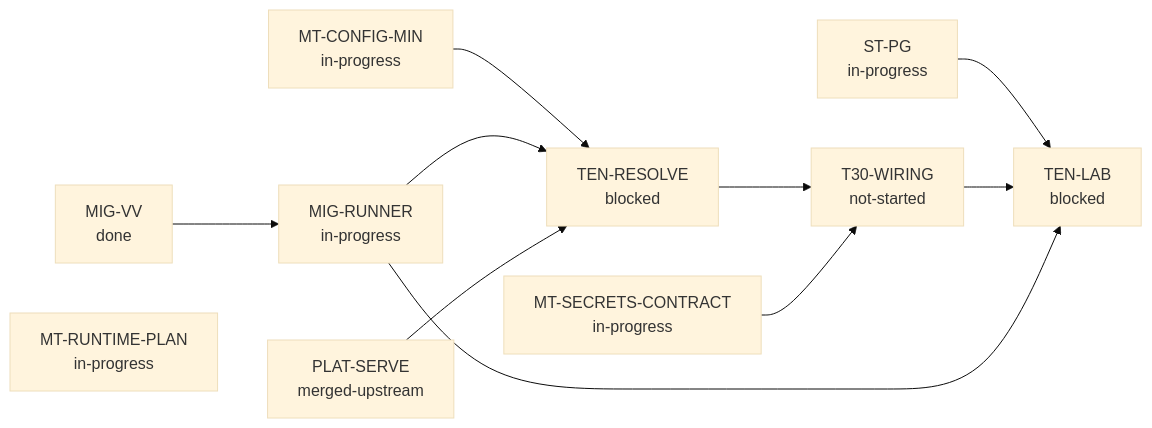
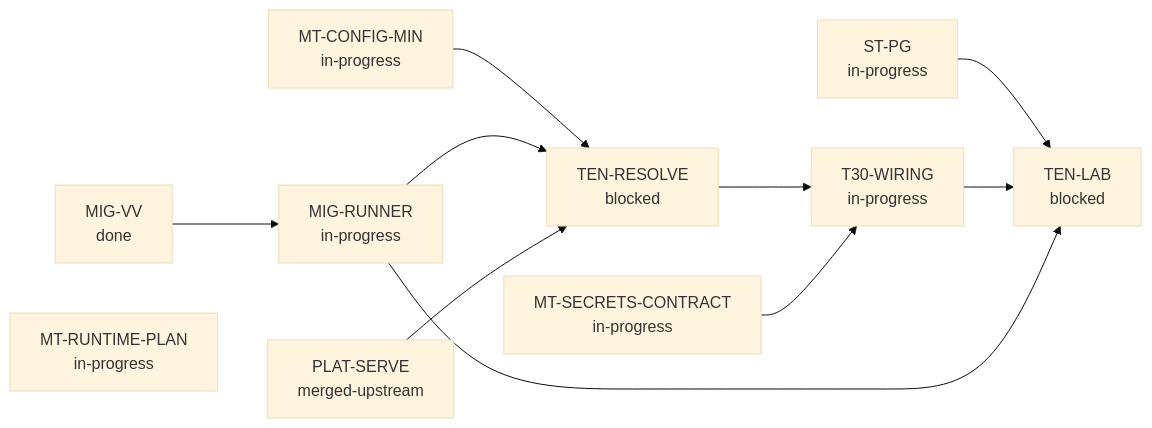
One commit to bewest/rag-nightscout-ecosystem-alignment changed the second of 2 diagrams in docs/30-design/tenancy/multitenant-delivery-dashboard.md. Above: the diagram before and after it, drawn with Mermaid (base theme). The commit also changed other lines of this file and 7 other files, not shown here.

````diff
--- a/docs/30-design/tenancy/multitenant-delivery-dashboard.md
+++ b/docs/30-design/tenancy/multitenant-delivery-dashboard.md
@@ -63,22 +63,22 @@
 ```mermaid
 flowchart LR
   MIG-RUNNER["MIG-RUNNER<br/>in-progress"]
   MIG-VV["MIG-VV<br/>done"]
   MT-CONFIG-MIN["MT-CONFIG-MIN<br/>in-progress"]
   MT-RUNTIME-PLAN["MT-RUNTIME-PLAN<br/>in-progress"]
   MT-SECRETS-CONTRACT["MT-SECRETS-CONTRACT<br/>in-progress"]
   PLAT-SERVE["PLAT-SERVE<br/>merged-upstream"]
   ST-PG["ST-PG<br/>in-progress"]
-  T30-WIRING["T30-WIRING<br/>not-started"]
+  T30-WIRING["T30-WIRING<br/>in-progress"]
   TEN-LAB["TEN-LAB<br/>blocked"]
   TEN-RESOLVE["TEN-RESOLVE<br/>blocked"]
   MIG-VV --> MIG-RUNNER
   TEN-RESOLVE --> T30-WIRING
   MT-SECRETS-CONTRACT --> T30-WIRING
   ST-PG --> TEN-LAB
   T30-WIRING --> TEN-LAB
   MIG-RUNNER --> TEN-LAB
   MT-CONFIG-MIN --> TEN-RESOLVE
   MIG-RUNNER --> TEN-RESOLVE
   PLAT-SERVE --> TEN-RESOLVE
 ```
````
